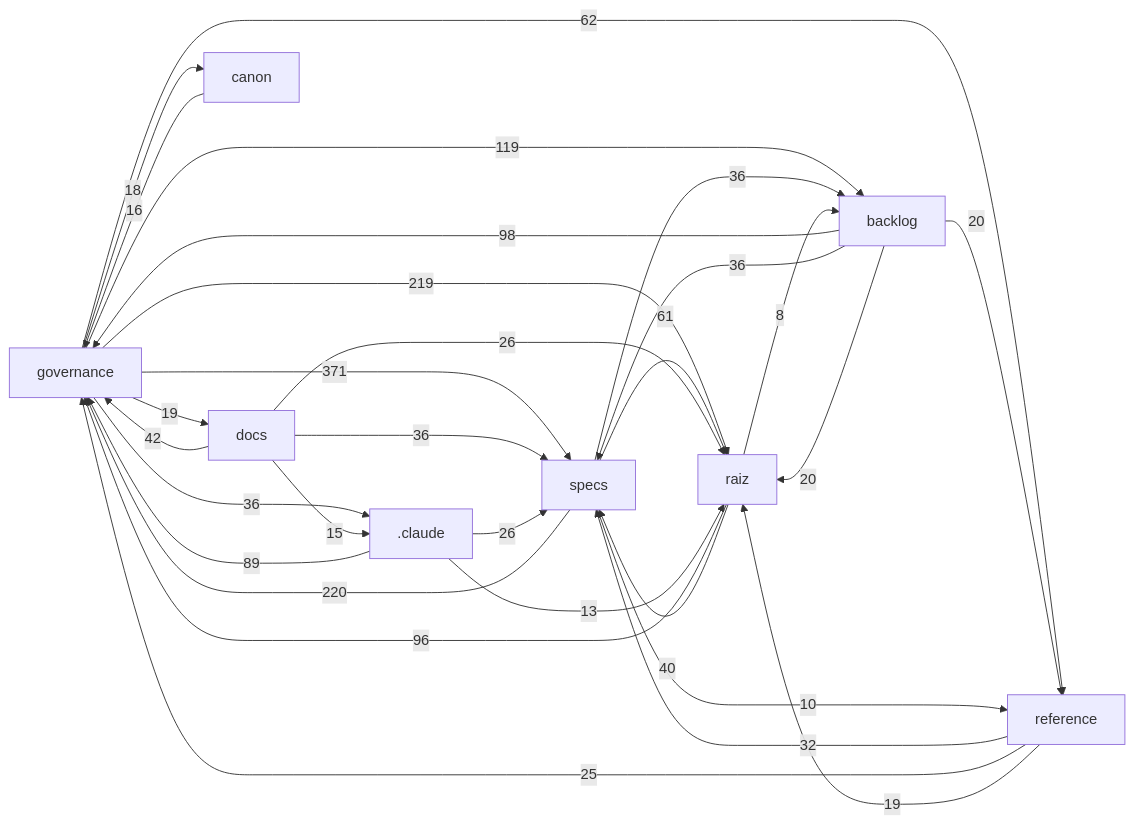
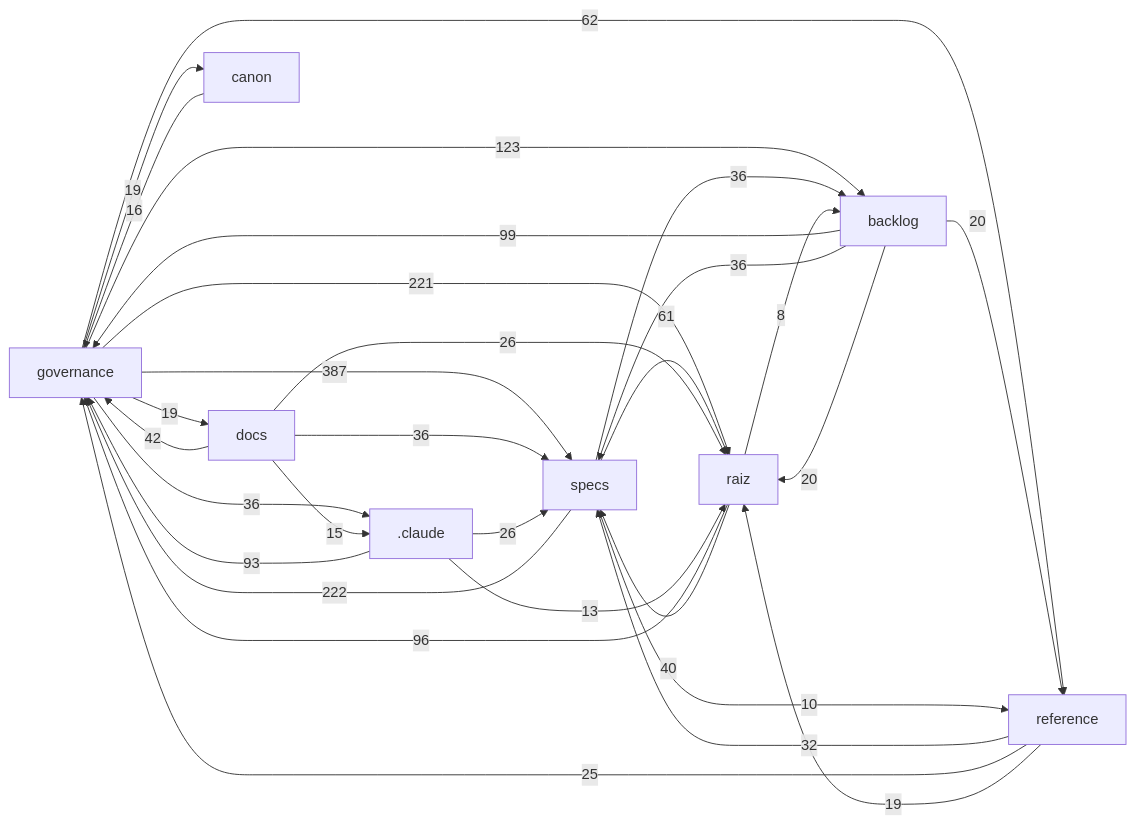
The diagram in docs/mapa/MAPA-PROJETO.md (Andraus35/Sistema-Operacional-de-Trading--SOT), drawn with Mermaid before and after one commit. The commit also changed other lines of this file and 10 other files, not shown here.

````diff
--- a/docs/mapa/MAPA-PROJETO.md
+++ b/docs/mapa/MAPA-PROJETO.md
@@ -30,32 +30,32 @@
 ```mermaid
 flowchart LR
-  governance["governance"] -->|371| specs["specs"]
-  specs["specs"] -->|220| governance["governance"]
-  governance["governance"] -->|219| raiz["raiz"]
-  governance["governance"] -->|119| backlog["backlog"]
-  backlog["backlog"] -->|98| governance["governance"]
+  governance["governance"] -->|387| specs["specs"]
+  specs["specs"] -->|222| governance["governance"]
+  governance["governance"] -->|221| raiz["raiz"]
+  governance["governance"] -->|123| backlog["backlog"]
+  backlog["backlog"] -->|99| governance["governance"]
   raiz["raiz"] -->|96| governance["governance"]
-  _claude[".claude"] -->|89| governance["governance"]
+  _claude[".claude"] -->|93| governance["governance"]
   governance["governance"] -->|62| reference["reference"]
   specs["specs"] -->|61| raiz["raiz"]
   docs["docs"] -->|42| governance["governance"]
   raiz["raiz"] -->|40| specs["specs"]
   backlog["backlog"] -->|36| specs["specs"]
   docs["docs"] -->|36| specs["specs"]
   governance["governance"] -->|36| _claude[".claude"]
   specs["specs"] -->|36| backlog["backlog"]
   reference["reference"] -->|32| specs["specs"]
   _claude[".claude"] -->|26| specs["specs"]
   docs["docs"] -->|26| raiz["raiz"]
   reference["reference"] -->|25| governance["governance"]
   backlog["backlog"] -->|20| raiz["raiz"]
   backlog["backlog"] -->|20| reference["reference"]
   governance["governance"] -->|19| docs["docs"]
+  governance["governance"] -->|19| canon["canon"]
   reference["reference"] -->|19| raiz["raiz"]
-  governance["governance"] -->|18| canon["canon"]
   canon["canon"] -->|16| governance["governance"]
   docs["docs"] -->|15| _claude[".claude"]
   _claude[".claude"] -->|13| raiz["raiz"]
   specs["specs"] -->|10| reference["reference"]
   raiz["raiz"] -->|8| backlog["backlog"]
 ```
````
